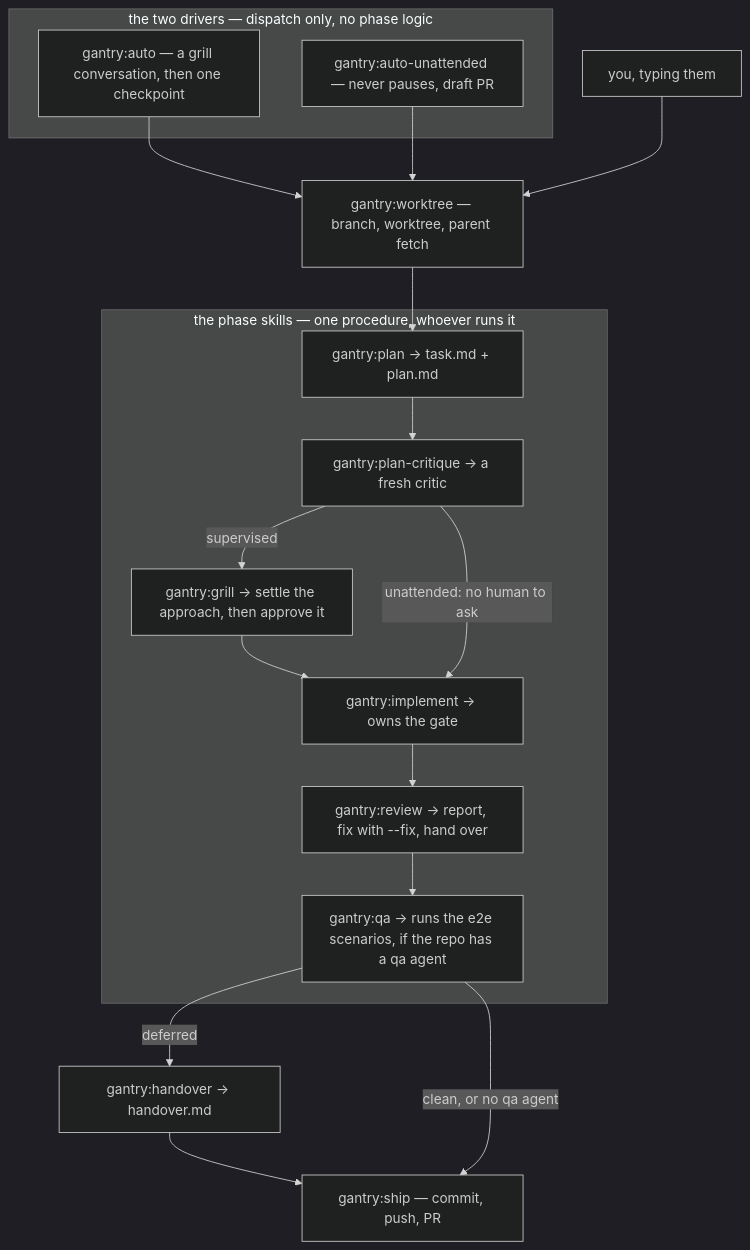
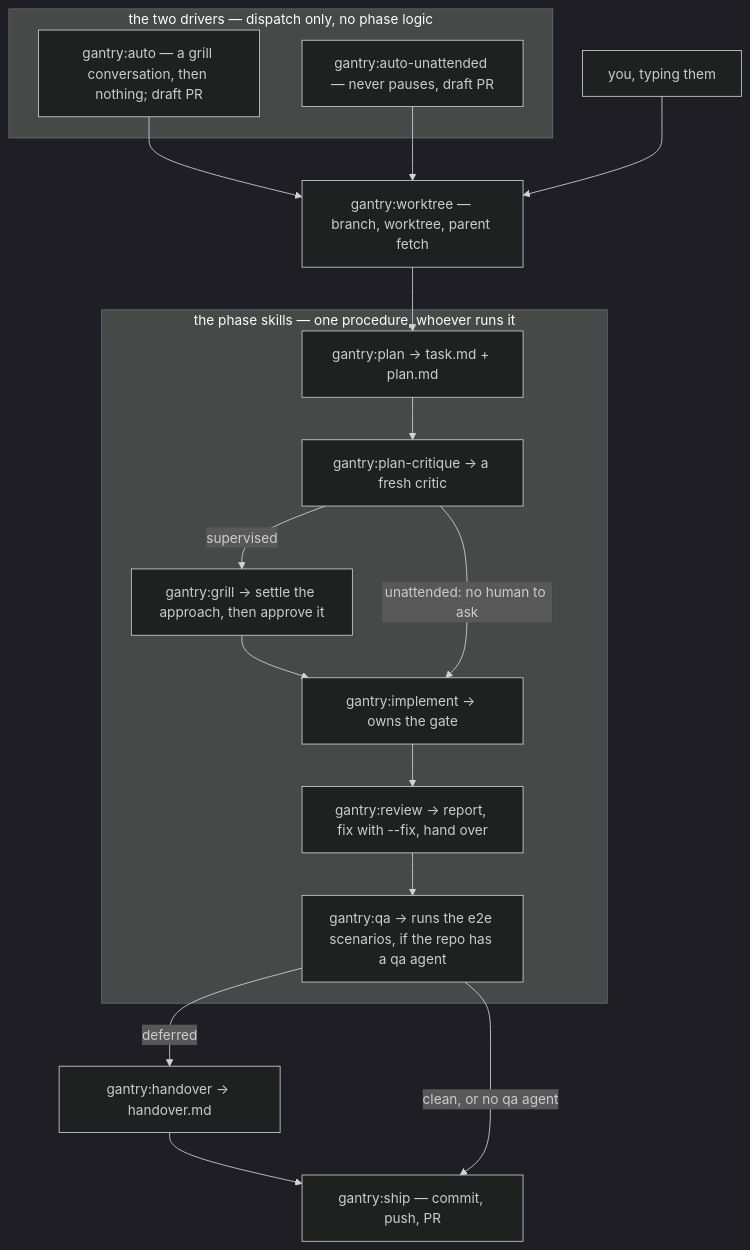
The first of 3 diagrams in docs/ARCHITECTURE.md (kostya-epifanov/claude-gantry), drawn with Mermaid (dark theme) before and after one commit. The commit also changed other lines of this file and 7 other files, not shown here.

First line of the commit message:
auto: drop the pre-ship checkpoint, open the PR as a draft

````diff
--- a/docs/ARCHITECTURE.md
+++ b/docs/ARCHITECTURE.md
@@ -78,23 +78,23 @@
 ```mermaid
 flowchart TB
   subgraph drivers ["the two drivers — dispatch only, no phase logic"]
-    A["gantry:auto — a grill conversation, then one checkpoint"]
+    A["gantry:auto — a grill conversation, then nothing; draft PR"]
     U["gantry:auto-unattended — never pauses, draft PR"]
   end
   subgraph chain ["the phase skills — one procedure, whoever runs it"]
     P["gantry:plan → task.md + plan.md"] --> GR["gantry:plan-critique → a fresh critic"]
     GR -- "supervised" --> GL["gantry:grill → settle the approach, then approve it"]
     GL --> I["gantry:implement → owns the gate"]
     GR -- "unattended: no human to ask" --> I
     I --> RV["gantry:review → report, fix with --fix, hand over"]
     RV --> Q["gantry:qa → runs the e2e scenarios, if the repo has a qa agent"]
   end
   W["gantry:worktree — branch, worktree, parent fetch"] --> P
   H["gantry:handover → handover.md"]
   S["gantry:ship — commit, push, PR"]
   A --> W
   U --> W
   You["you, typing them"] --> W
   Q -- "deferred" --> H --> S
   Q -- "clean, or no qa agent" --> S
 ```
````
